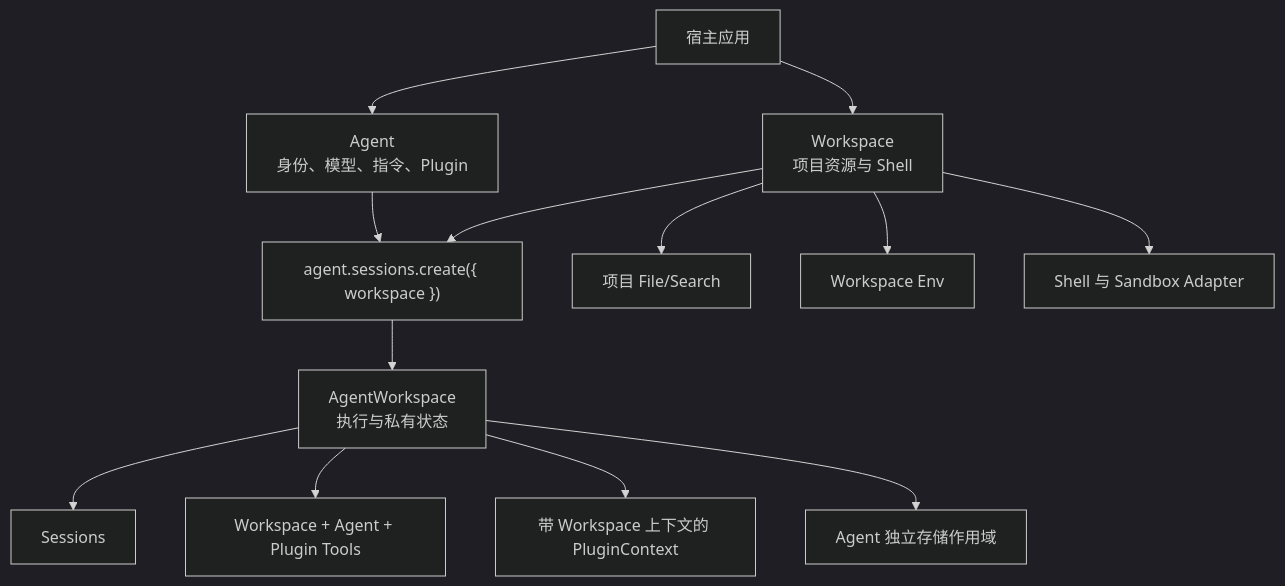
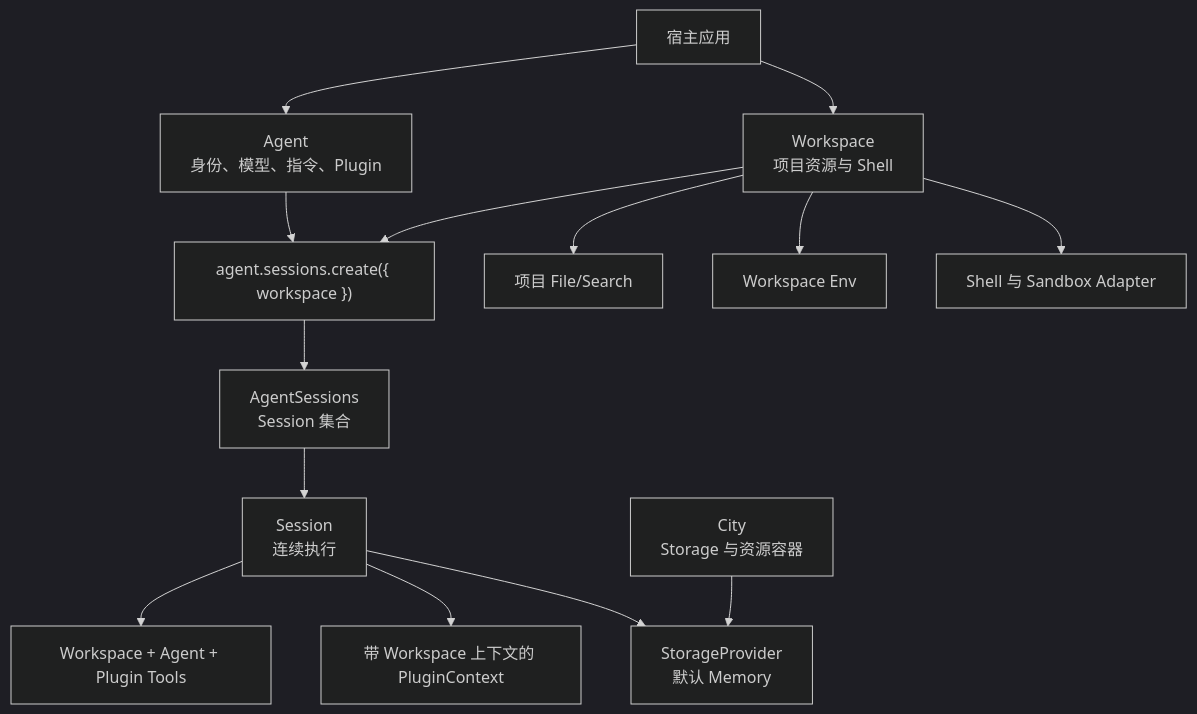
One commit to genesiscosmos/downcity changed the first of 2 diagrams in homepage/content/docs/zh/agent/sdk-architecture.mdx. Above: the diagram before and after it, drawn with Mermaid (dark theme). The commit also changed other lines of this file and 94 other files, not shown here.

Commit message:
refactor(city): unify agent storage ownership

````diff
--- a/homepage/content/docs/zh/agent/sdk-architecture.mdx
+++ b/homepage/content/docs/zh/agent/sdk-architecture.mdx
@@ -24,15 +24,16 @@
 ```mermaid
 flowchart TD
     Host["宿主应用"] --> Agent["Agent<br/>身份、模型、指令、Plugin"]
     Host --> Workspace["Workspace<br/>项目资源与 Shell"]
     Agent --> Enter["agent.sessions.create({ workspace })"]
     Workspace --> Enter
-    Enter --> AgentWorkspace["AgentWorkspace<br/>执行与私有状态"]
-    AgentWorkspace --> Sessions["Sessions"]
-    AgentWorkspace --> Tools["Workspace + Agent + Plugin Tools"]
-    AgentWorkspace --> Context["带 Workspace 上下文的 PluginContext"]
-    AgentWorkspace --> Storage["Agent 独立存储作用域"]
+    Enter --> Sessions["AgentSessions<br/>Session 集合"]
+    Sessions --> Session["Session<br/>连续执行"]
+    Session --> Tools["Workspace + Agent + Plugin Tools"]
+    Session --> Context["带 Workspace 上下文的 PluginContext"]
+    City["City<br/>Storage 与资源容器"] --> Storage["StorageProvider<br/>默认 Memory"]
+    Session --> Storage
     Workspace --> Files["项目 File/Search"]
     Workspace --> Env["Workspace Env"]
     Workspace --> Shell["Shell 与 Sandbox Adapter"]
 ```
````
